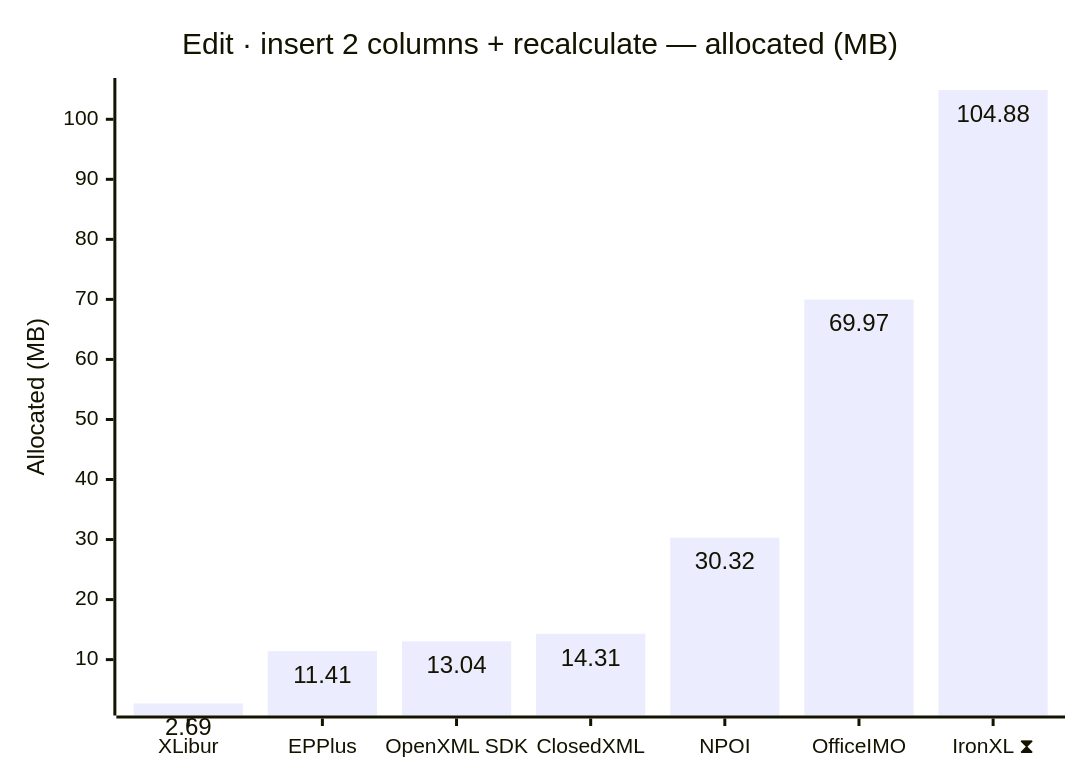
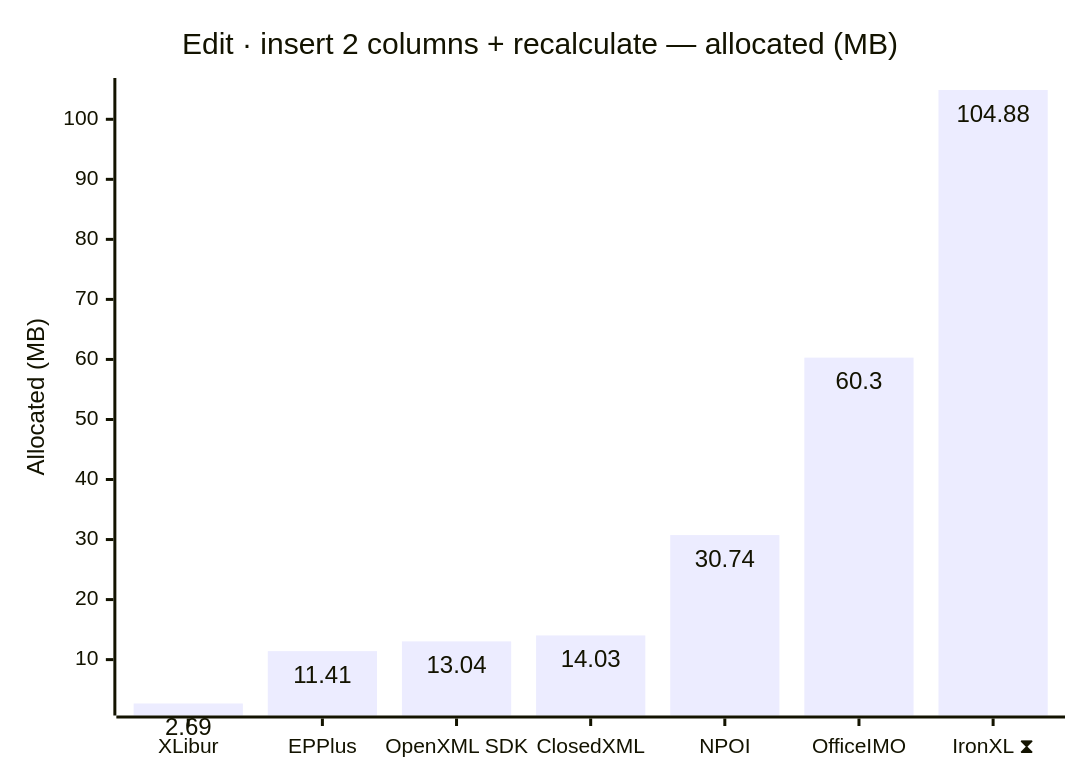
One commit to jafin/XLBench changed diagram 14 of 18 in docs/results-ci.md. Above: the diagram before and after it, drawn with Mermaid. The commit also changed other lines of this file, not shown here.

````diff
--- a/docs/results-ci.md
+++ b/docs/results-ci.md
@@ -212,12 +212,12 @@
 ```mermaid
 ---
 config:
   xyChart:
     showDataLabel: true
 ---
 xychart-beta
     title "Edit · insert 2 columns + recalculate — allocated (MB)"
     x-axis ["XLibur", "EPPlus", "OpenXML SDK", "ClosedXML", "NPOI", "OfficeIMO", "IronXL ⧗"]
     y-axis "Allocated (MB)"
-    bar [2.69, 11.41, 13.04, 14.31, 30.32, 69.97, 104.88]
+    bar [2.69, 11.41, 13.04, 14.03, 30.74, 60.3, 104.88]
 ```
````
